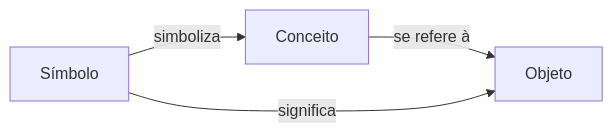
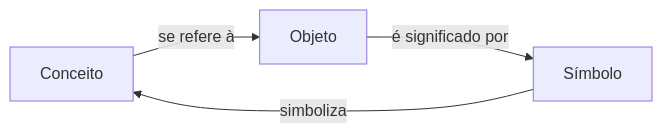
Before and after one commit to Igorino/joplin-notes: the third of 5 diagrams in Mestrado/Segundo Semestre/SIN5033 - Grafos de conhecimento e Ontologias/Aula 1/1 Conceitos basicos.md, drawn with Mermaid. The commit also changed other lines of this file, not shown here.

````diff
--- a/Mestrado/Segundo Semestre/SIN5033 - Grafos de conhecimento e Ontologias/Aula 1/1 Conceitos basicos.md
+++ b/Mestrado/Segundo Semestre/SIN5033 - Grafos de conhecimento e Ontologias/Aula 1/1 Conceitos basicos.md
@@ -69,6 +69,6 @@
 ```mermaid
 flowchart LR
 	Conceito -- se refere à --> Objeto
 	Símbolo -- simboliza --> Conceito
-	Símbolo -- significa --> Objeto
+	Objeto -- é significado por --> Símbolo
 ```
````
